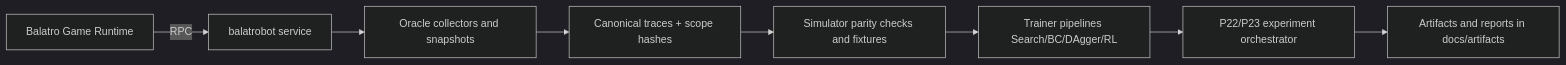
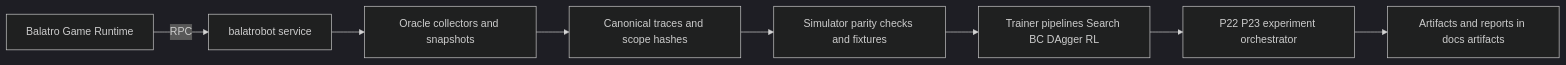
The diagram in docs/ARCHITECTURE.md (XcapeAxis/BalatroAI), drawn with Mermaid (dark theme) before and after one commit. The commit also changed 5 other files, not shown here.

````diff
--- a/docs/ARCHITECTURE.md
+++ b/docs/ARCHITECTURE.md
@@ -5,10 +5,10 @@
 ```mermaid
 flowchart LR
-  A[Balatro Game Runtime] -->|RPC| B[balatrobot service]
-  B --> C[Oracle collectors and snapshots]
-  C --> D[Canonical traces + scope hashes]
-  D --> E[Simulator parity checks and fixtures]
-  E --> F[Trainer pipelines Search/BC/DAgger/RL]
-  F --> G[P22/P23 experiment orchestrator]
-  G --> H[Artifacts and reports in docs/artifacts]
+  A["Balatro Game Runtime"] -->|RPC| B["balatrobot service"]
+  B --> C["Oracle collectors and snapshots"]
+  C --> D["Canonical traces and scope hashes"]
+  D --> E["Simulator parity checks and fixtures"]
+  E --> F["Trainer pipelines Search BC DAgger RL"]
+  F --> G["P22 P23 experiment orchestrator"]
+  G --> H["Artifacts and reports in docs artifacts"]
 ```
````
